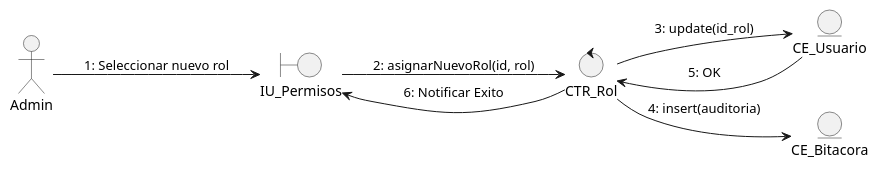
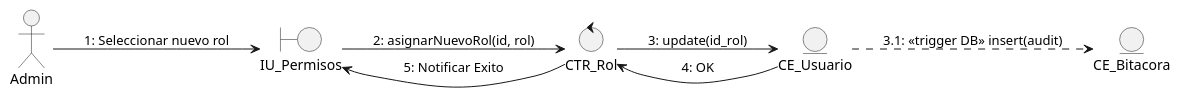
Before and after one commit to INGvainilla/grulacOFICIAL: diagram 25 of 42 in PROYECTO-MAIN/oficial/OFICIAL.md, drawn with PlantUML. The commit also changed other lines of this file and 17 other files, not shown here.

````diff
--- a/PROYECTO-MAIN/oficial/OFICIAL.md
+++ b/PROYECTO-MAIN/oficial/OFICIAL.md
@@ -2318,17 +2434,17 @@
 ```plantuml
 @startuml DCom_CU05
 left to right direction
 skinparam backgroundColor transparent
 actor "Admin" as Actor
 boundary "IU_Permisos" as IU
 control "CTR_Rol" as CTR
 entity "CE_Usuario" as ENT1
 entity "CE_Bitacora" as ENT2
 Actor --> IU : 1: Seleccionar nuevo rol
 IU --> CTR : 2: asignarNuevoRol(id, rol)
 CTR --> ENT1 : 3: update(id_rol)
-CTR --> ENT2 : 4: insert(auditoria)
-ENT1 --> CTR : 5: OK
-CTR --> IU : 6: Notificar Exito
+ENT1 ..> ENT2 : 3.1: <<trigger DB>> insert(audit)
+ENT1 --> CTR : 4: OK
+CTR --> IU : 5: Notificar Exito
 @enduml
 ```
````
